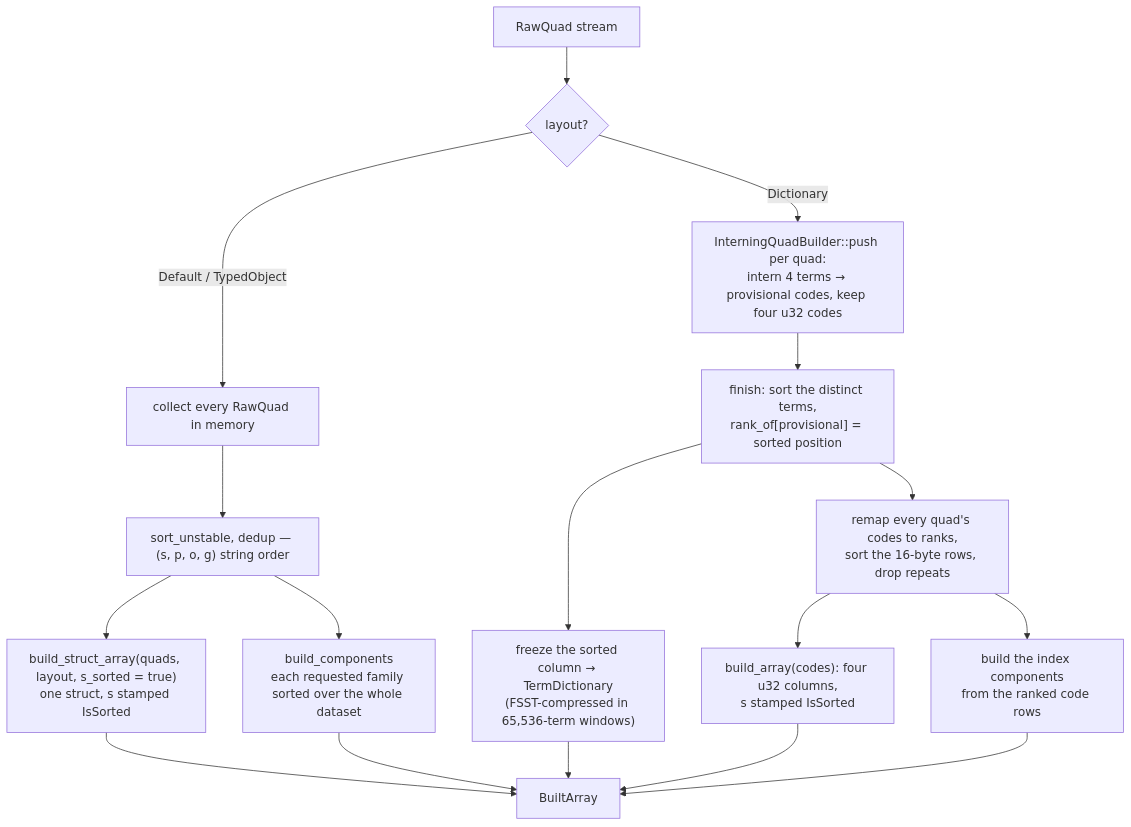
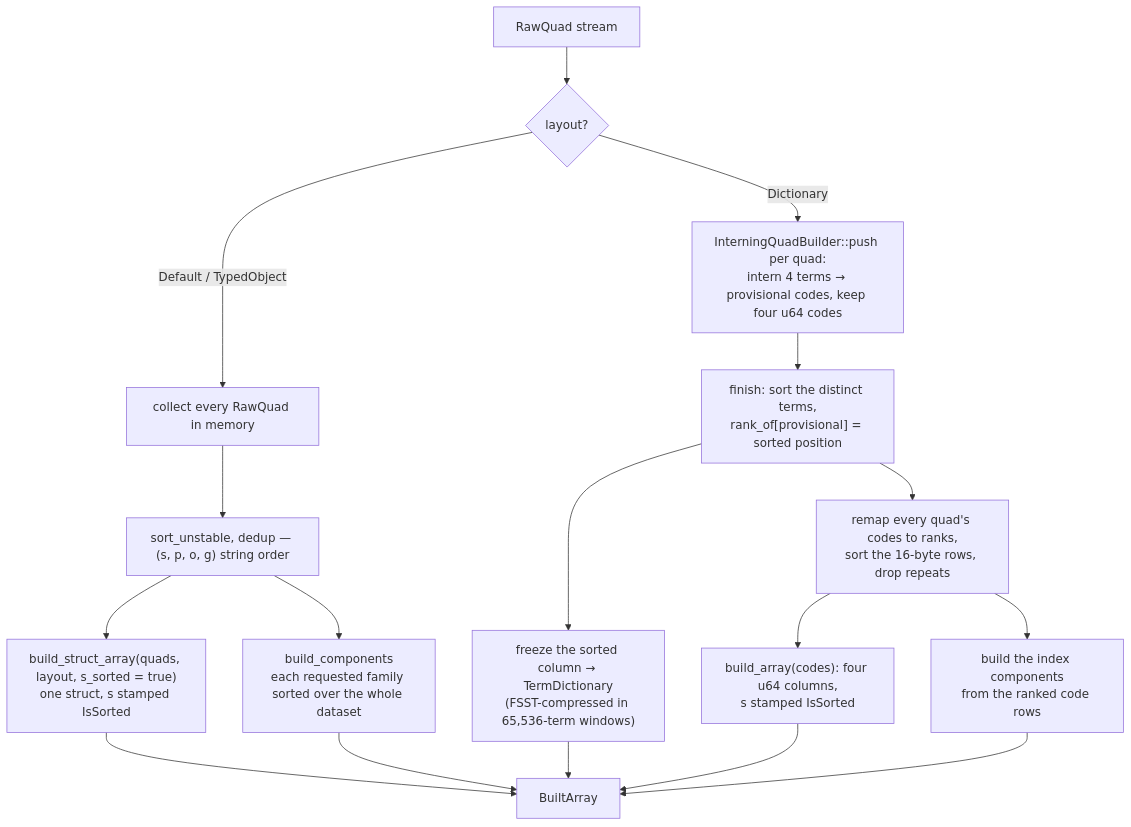
The second of 4 diagrams in docs/serialization.md (vortex-rdf/vortex-rdf), drawn with Mermaid before and after one commit. The commit also changed other lines of this file and 66 other files, not shown here.

````diff
--- a/docs/serialization.md
+++ b/docs/serialization.md
@@ -149,22 +149,22 @@
 ```mermaid
 flowchart TD
     S["RawQuad stream"] --> L{"layout?"}
 
     L -- "Default / TypedObject" --> A1["collect every RawQuad in memory"]
     A1 --> A2["sort_unstable, dedup — (s, p, o, g) string order"]
     A2 --> A3["build_struct_array(quads, layout, s_sorted = true)<br/>one struct, s stamped IsSorted"]
     A2 --> A4["build_components<br/>each requested family sorted over the whole dataset"]
 
-    L -- "Dictionary" --> B1["InterningQuadBuilder::push per quad:<br/>intern 4 terms → provisional codes, keep four u32 codes"]
+    L -- "Dictionary" --> B1["InterningQuadBuilder::push per quad:<br/>intern 4 terms → provisional codes, keep four u64 codes"]
     B1 --> B2["finish: sort the distinct terms,<br/>rank_of[provisional] = sorted position"]
     B2 --> B3["freeze the sorted column → TermDictionary<br/>(FSST-compressed in 65,536-term windows)"]
     B2 --> B4["remap every quad's codes to ranks,<br/>sort the 16-byte rows, drop repeats"]
-    B4 --> B5["build_array(codes): four u32 columns,<br/>s stamped IsSorted"]
+    B4 --> B5["build_array(codes): four u64 columns,<br/>s stamped IsSorted"]
     B4 --> B6["build the index components<br/>from the ranked code rows"]
 
     A3 --> R["BuiltArray"]
     A4 --> R
     B3 --> R
     B5 --> R
     B6 --> R
 ```
````
